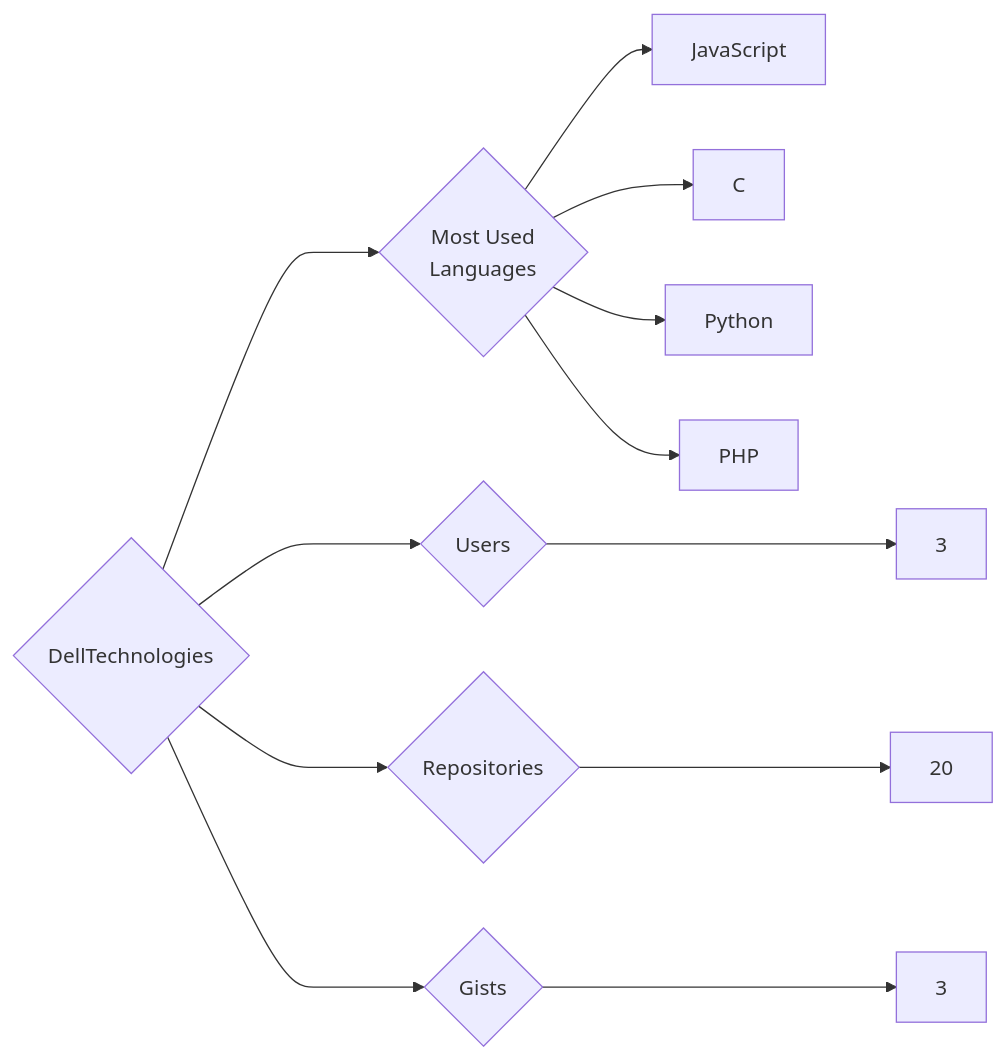
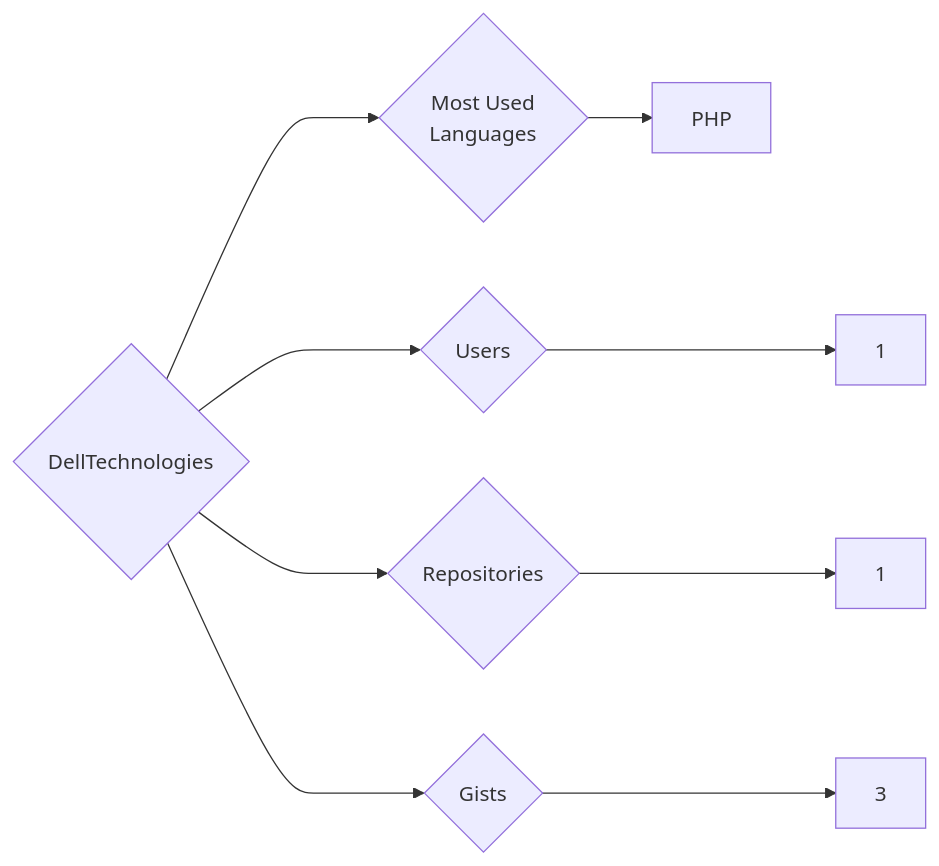
One commit to trickest/insiders changed the diagram in targets/DellTechnologies/README.md. Above: the diagram before and after it, drawn with Mermaid. The commit also changed 1089 other files, not shown here.

````diff
--- a/targets/DellTechnologies/README.md
+++ b/targets/DellTechnologies/README.md
@@ -3,12 +3,9 @@
 ```mermaid
 graph LR
 COMPANY_NAME{DellTechnologies}
-COMPANY_NAME ---> U{Users} ---> UN[3]
-COMPANY_NAME ---> R{Repositories} ---> RN[20]
+COMPANY_NAME ---> U{Users} ---> UN[1]
+COMPANY_NAME ---> R{Repositories} ---> RN[1]
 COMPANY_NAME ---> G{Gists} ---> GN[3]
 COMPANY_NAME ---> ML{Most Used<br>Languages}
-ML --> JavaScript[JavaScript]
-ML --> C[C]
-ML --> Python[Python]
 ML --> PHP[PHP]
 ```
````
